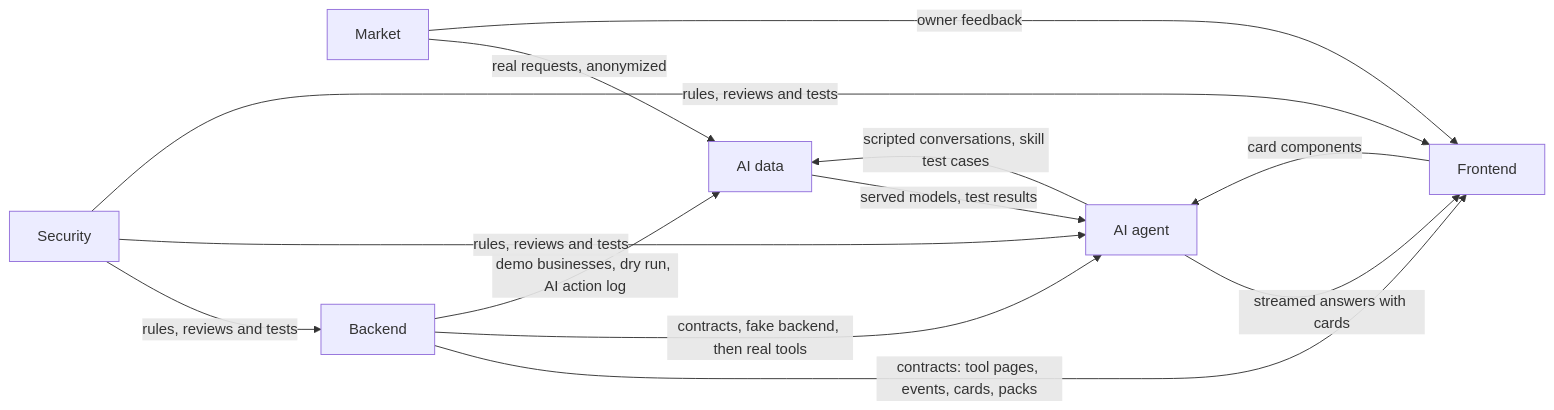
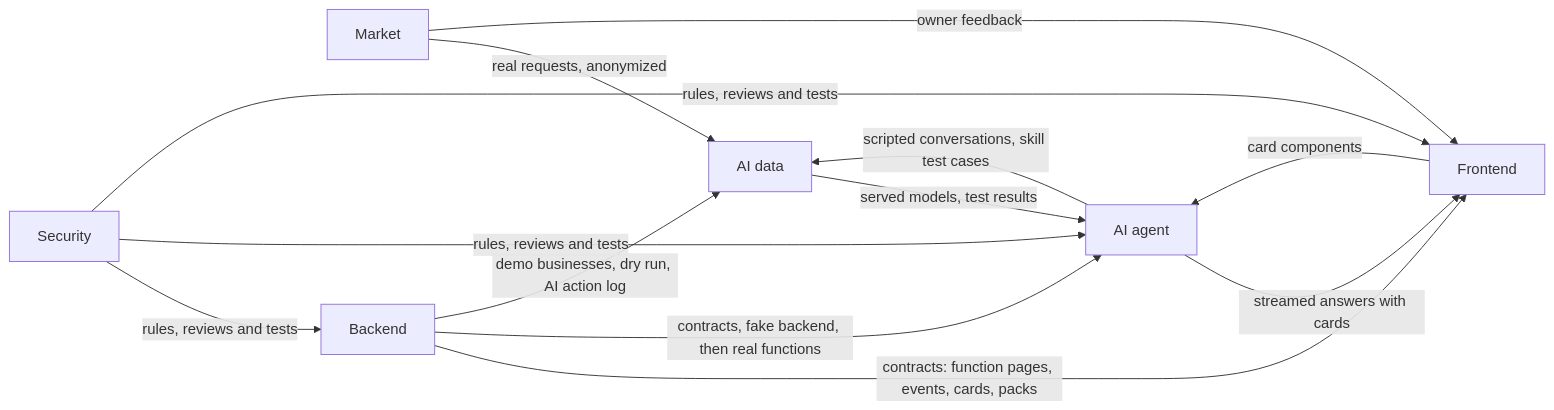
One commit to puagraduationproject/graduationproject changed the diagram in plan-first-semester.md. Above: the diagram before and after it, drawn with Mermaid. The commit also changed other lines of this file and 2 other files, not shown here.

Commit message:
Design: tools are now called functions

````diff
--- a/plan-first-semester.md
+++ b/plan-first-semester.md
@@ -222,15 +222,15 @@
 ```mermaid
 flowchart LR
     Market -->|"real requests, anonymized"| AIData[AI data]
     Market -->|"owner feedback"| Frontend
-    Backend -->|"contracts: tool pages, events, cards, packs"| Frontend
-    Backend -->|"contracts, fake backend, then real tools"| AIAgent[AI agent]
+    Backend -->|"contracts: function pages, events, cards, packs"| Frontend
+    Backend -->|"contracts, fake backend, then real functions"| AIAgent[AI agent]
     Backend -->|"demo businesses, dry run, AI action log"| AIData
     AIData -->|"served models, test results"| AIAgent
     AIAgent -->|"scripted conversations, skill test cases"| AIData
     AIAgent -->|"streamed answers with cards"| Frontend
     Frontend -->|"card components"| AIAgent
     Security -->|"rules, reviews and tests"| Backend
     Security -->|"rules, reviews and tests"| AIAgent
     Security -->|"rules, reviews and tests"| Frontend
 ```
````
